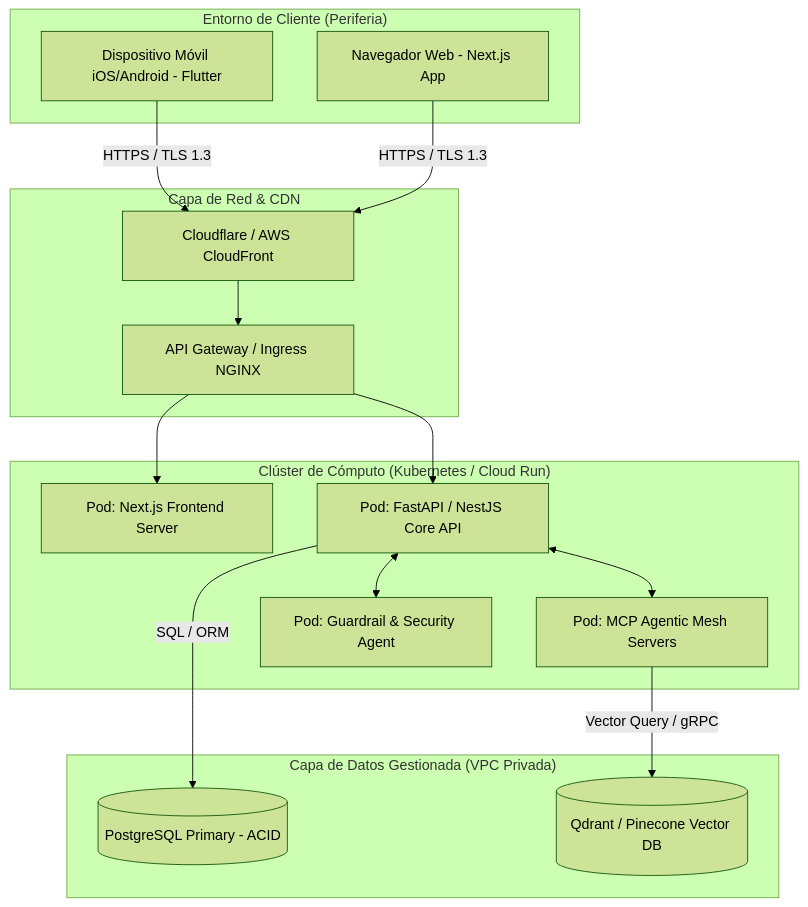
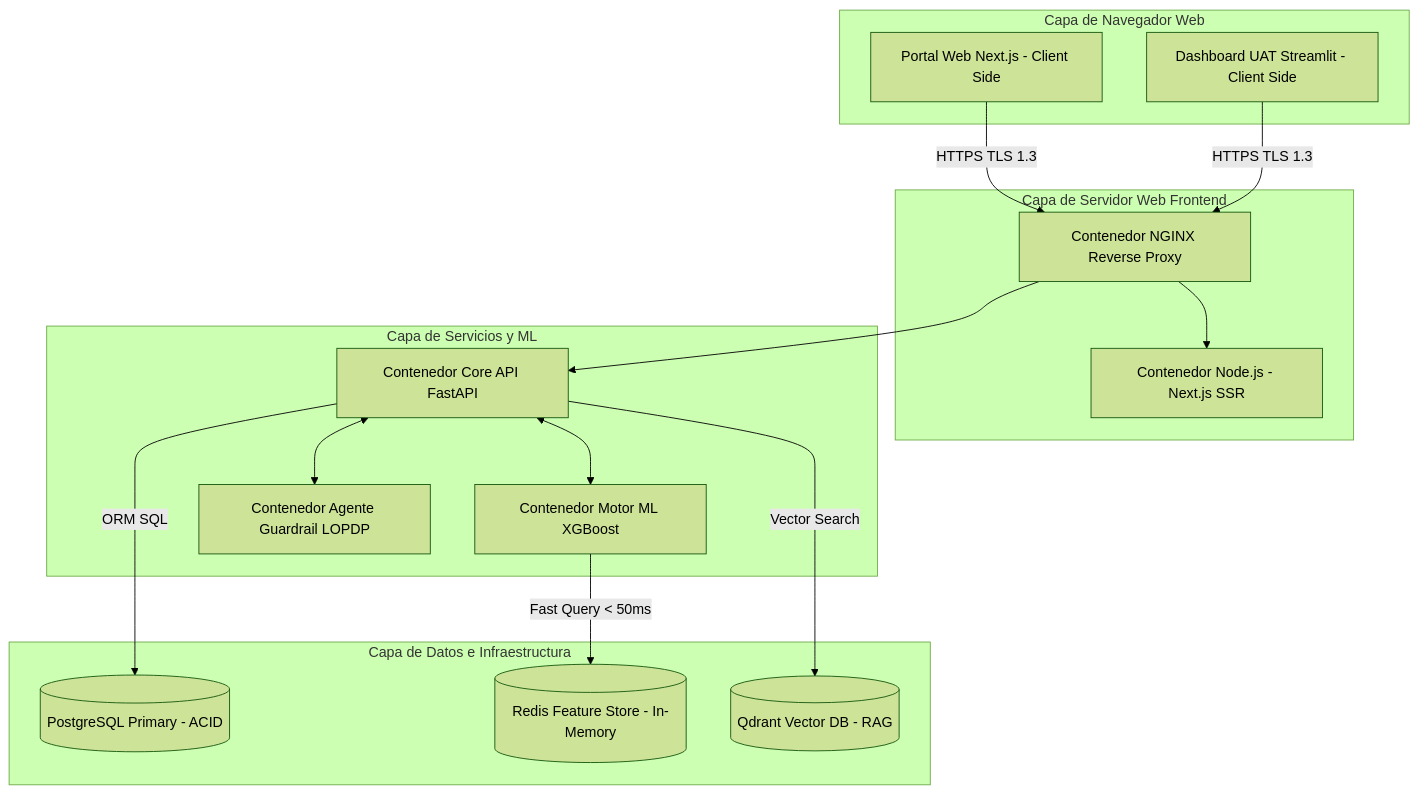
Before and after one commit to Antera-Labs/guidelines: the third of 4 diagrams in docs/DAS.md, drawn with Mermaid (forest theme). The commit also changed other lines of this file, not shown here.

````diff
--- a/docs/DAS.md
+++ b/docs/DAS.md
@@ -192,34 +223,34 @@
 ```mermaid
 graph TD
-    subgraph Cliente ["Entorno de Cliente (Periferia)"]
-        A[Dispositivo Móvil iOS/Android - Flutter]
-        B[Navegador Web - Next.js App]
+    subgraph Browser_Tier [Capa de Navegador Web]
+        A1[Portal Web Next.js - Client Side]
+        A2[Dashboard UAT Streamlit - Client Side]
     end
 
-    subgraph CDN_Cloud ["Capa de Red & CDN"]
-        C[Cloudflare / AWS CloudFront]
-        D[API Gateway / Ingress NGINX]
+    subgraph Web_Server_Tier [Capa de Servidor Web Frontend]
+        B1[Contenedor Node.js - Next.js SSR]
+        B2[Contenedor NGINX Reverse Proxy]
     end
 
-    subgraph K8s_Cluster ["Clúster de Cómputo (Kubernetes / Cloud Run)"]
-        E[Pod: Next.js Frontend Server]
-        F[Pod: FastAPI / NestJS Core API]
-        G[Pod: MCP Agentic Mesh Servers]
-        H[Pod: Guardrail & Security Agent]
+    subgraph Business_Tier [Capa de Servicios y ML]
+        C1[Contenedor Core API FastAPI]
+        C2[Contenedor Motor ML XGBoost]
+        C3[Contenedor Agente Guardrail LOPDP]
     end
 
-    subgraph Data_Tier ["Capa de Datos Gestionada (VPC Privada)"]
-        I[(PostgreSQL Primary - ACID)]
-        J[(Qdrant / Pinecone Vector DB)]
+    subgraph Data_Tier [Capa de Datos e Infraestructura]
+        D1[(PostgreSQL Primary - ACID)]
+        D2[(Redis Feature Store - In-Memory)]
+        D3[(Qdrant Vector DB - RAG)]
     end
 
-    A -->|HTTPS / TLS 1.3| C
-    B -->|HTTPS / TLS 1.3| C
-    C --> D
-    D --> E
-    D --> F
-    F <--> H
-    F <--> G
-    F -->|SQL / ORM| I
-    G -->|Vector Query / gRPC| J
+    A1 -->|HTTPS TLS 1.3| B2
+    A2 -->|HTTPS TLS 1.3| B2
+    B2 --> B1
+    B2 --> C1
+    C1 <--> C3
+    C1 <--> C2
+    C1 -->|ORM SQL| D1
+    C2 -->|Fast Query < 50ms| D2
+    C1 -->|Vector Search| D3
 ```
````
